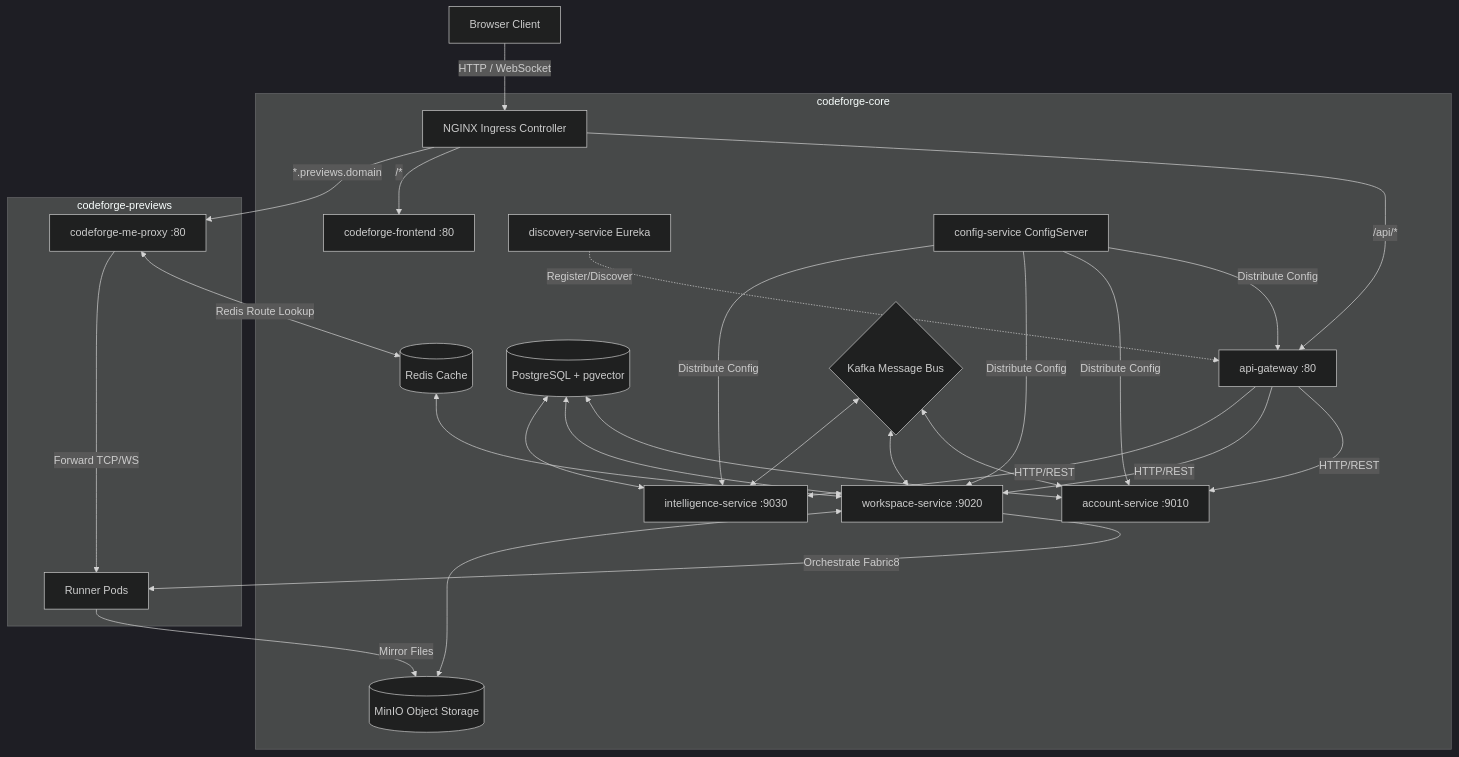
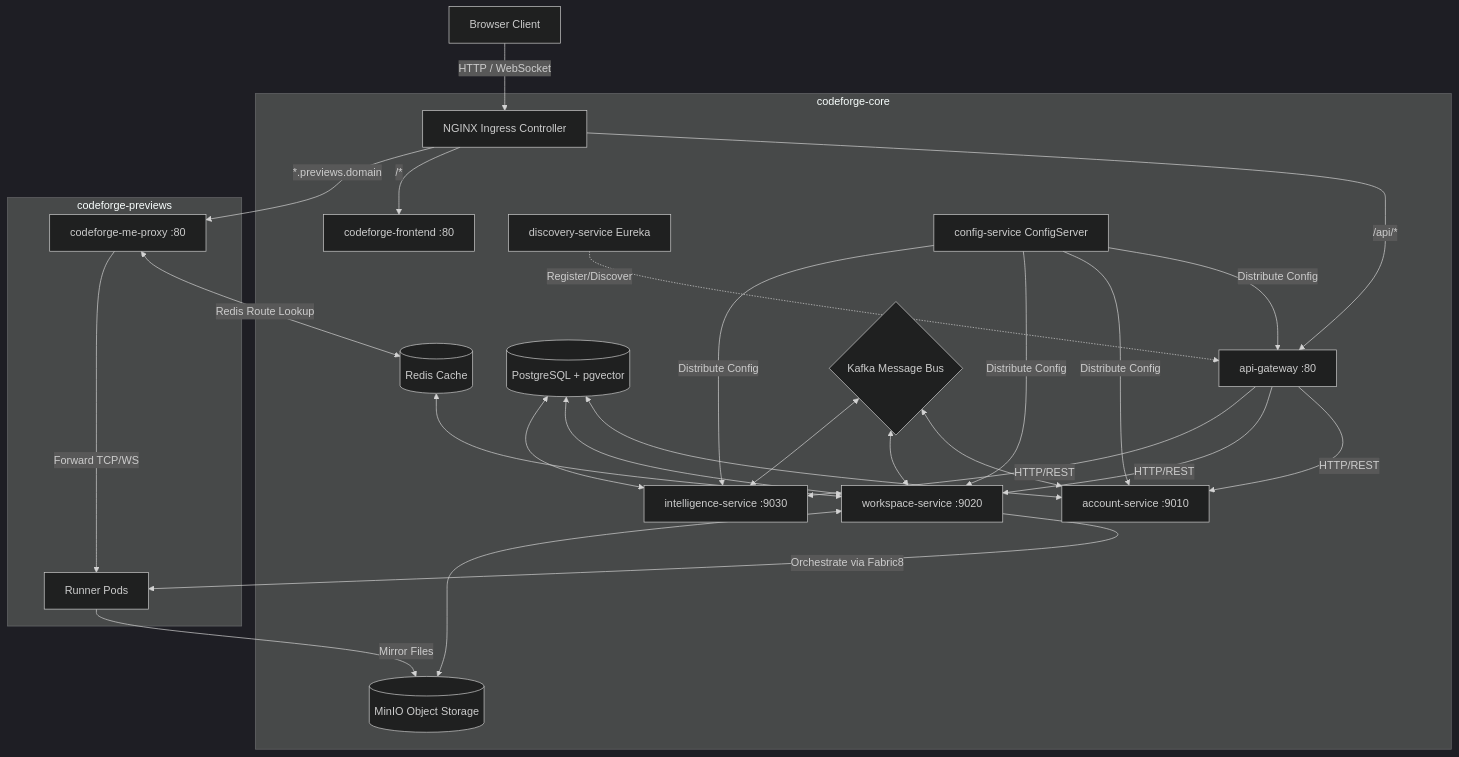
One commit to ankit5609/Distributed-CodeForge changed the diagram in README.md. Above: the diagram before and after it, drawn with Mermaid (dark theme). The commit also changed other lines of this file, not shown here.

````diff
--- a/README.md
+++ b/README.md
@@ -17,29 +37,29 @@
 ```mermaid
 graph TD
     Client[Browser Client] -->|HTTP / WebSocket| Ingress[NGINX Ingress Controller]
-    
+
     subgraph codeforge-core
         Ingress -->|/api/*| Gateway[api-gateway :80]
         Ingress -->|/*| Frontend[codeforge-frontend :80]
-        
+
         Gateway -->|HTTP/REST| Account[account-service :9010]
         Gateway -->|HTTP/REST| Workspace[workspace-service :9020]
         Gateway -->|HTTP/REST| Intel[intelligence-service :9030]
-        
+
         Eureka[discovery-service Eureka] -.->|Register/Discover| Gateway
         Config[config-service ConfigServer] -->|Distribute Config| Gateway & Account & Workspace & Intel
-        
+
         MinIO[(MinIO Object Storage)] <--> Workspace
         Postgres[(PostgreSQL + pgvector)] <--> Account & Workspace & Intel
         Redis[(Redis Cache)] <--> Workspace
         Kafka{Kafka Message Bus} <--> Account & Workspace & Intel
     end
-    
+
     subgraph codeforge-previews
         Proxy[codeforge-me-proxy :80] <-->|Redis Route Lookup| Redis
         Ingress -->|*.previews.domain| Proxy
         Proxy -->|Forward TCP/WS| PreviewPods[Runner Pods]
-        Workspace -->|Orchestrate Fabric8| PreviewPods
+        Workspace -->|Orchestrate via Fabric8| PreviewPods
         PreviewPods -->|Mirror Files| MinIO
     end
 ```
````
